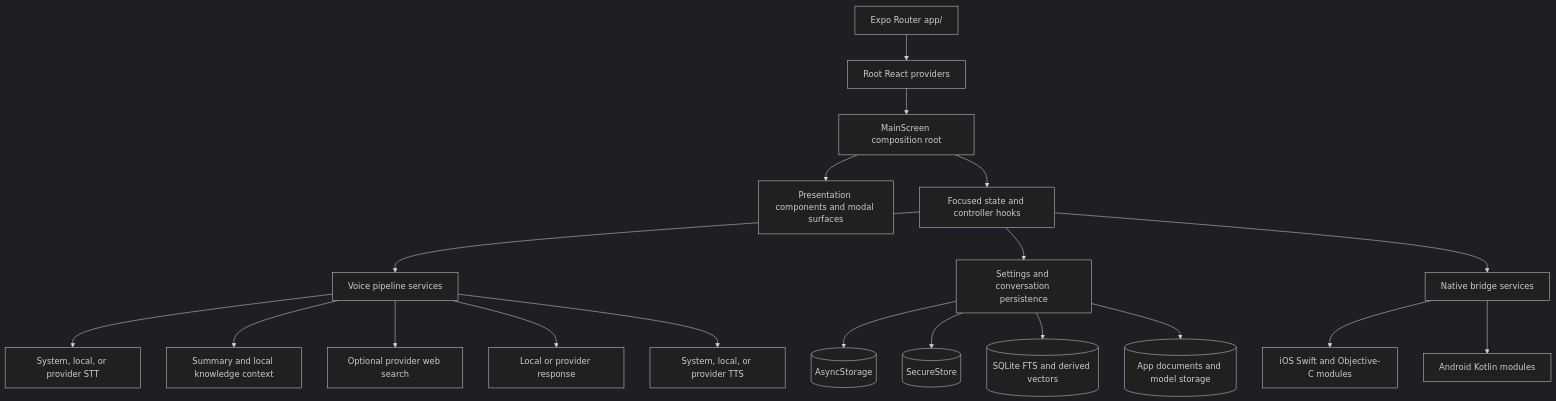
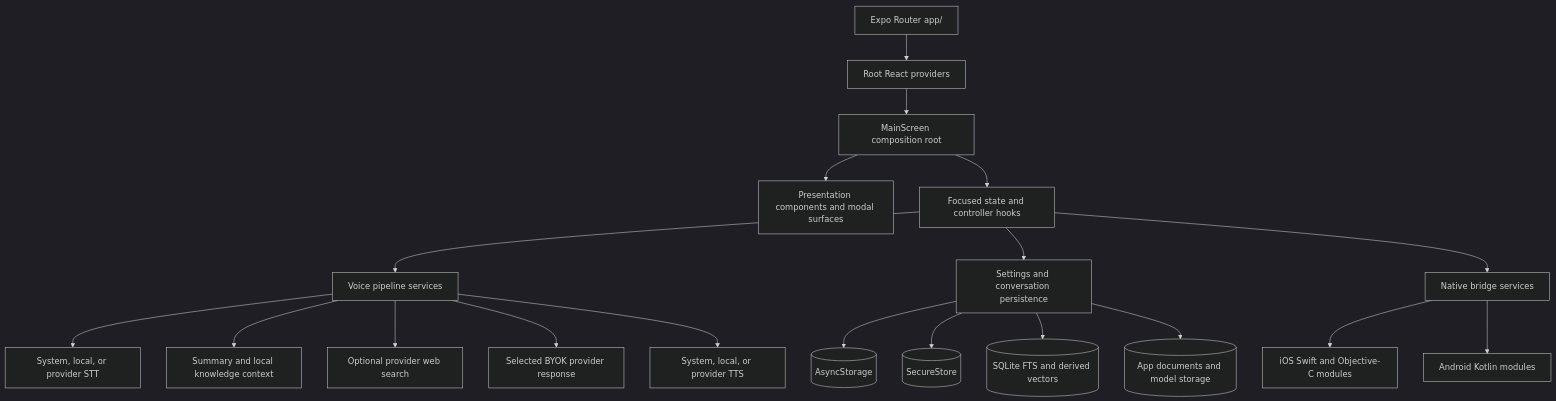
The first of 4 diagrams in DESIGN.md (hurrtz/mrbroccoli), drawn with Mermaid (dark theme) before and after one commit. The commit also changed other lines of this file and 325 other files, not shown here.

````diff
--- a/DESIGN.md
+++ b/DESIGN.md
@@ -25,24 +25,24 @@
 ```mermaid
 flowchart TB
     Entry[Expo Router app/] --> Providers[Root React providers]
     Providers --> Main[MainScreen composition root]
     Main --> Presentation[Presentation components and modal surfaces]
     Main --> Hooks[Focused state and controller hooks]
     Hooks --> Voice[Voice pipeline services]
     Hooks --> Persistence[Settings and conversation persistence]
 
     Voice --> STT[System, local, or provider STT]
     Voice --> Context[Summary and local knowledge context]
     Voice --> Search[Optional provider web search]
-    Voice --> LLM[Local or provider response]
+    Voice --> LLM[Selected BYOK provider response]
     Voice --> TTS[System, local, or provider TTS]
 
     Persistence --> Async[(AsyncStorage)]
     Persistence --> Secure[(SecureStore)]
     Persistence --> SQLite[(SQLite FTS and derived vectors)]
     Persistence --> Files[(App documents and model storage)]
 
     Hooks --> Native[Native bridge services]
     Native --> IOS[iOS Swift and Objective-C modules]
     Native --> Android[Android Kotlin modules]
 ```
````
